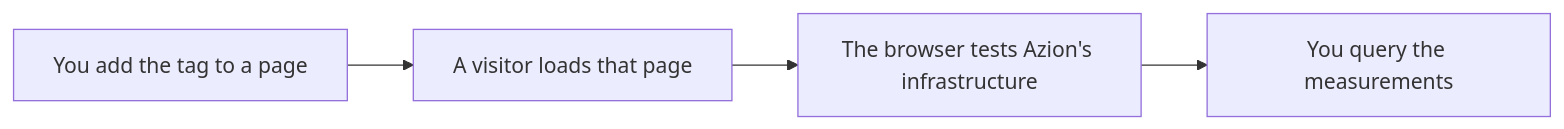
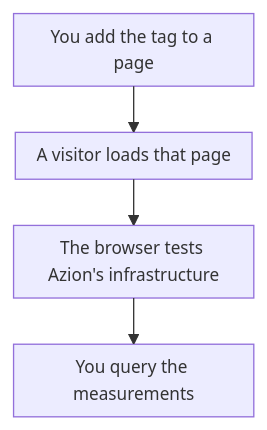
One commit to aziontech/docs changed the diagram in apps/docs/src/content/docs/en/pages/main-menu/reference/observe/edge-pulse/edge-pulse.mdx. Above: the diagram before and after it, drawn with Mermaid. The commit also changed 179 other files, not shown here.

Commit message:
docs(diagrams): redraw every other diagram in the use-case diagram style (#2513)

````diff
--- a/apps/docs/src/content/docs/en/pages/main-menu/reference/observe/edge-pulse/edge-pulse.mdx
+++ b/apps/docs/src/content/docs/en/pages/main-menu/reference/observe/edge-pulse/edge-pulse.mdx
@@ -25,6 +25,7 @@
 ```mermaid
-flowchart LR
+%%{init: {"layout": "elk", "themeVariables": {"fontSize": "13px"}, "flowchart": {"nodeSpacing": 24, "rankSpacing": 36, "padding": 8, "wrappingWidth": 150, "useMaxWidth": true}, "sequence": {"width": 120, "actorMargin": 30, "useMaxWidth": true}}}%%
+flowchart TD
   Tag["You add the tag to a page"] --> Visit["A visitor loads that page"]
   Visit --> Test["The browser tests Azion's infrastructure"]
   Test --> Query["You query the measurements"]
 ```
````
